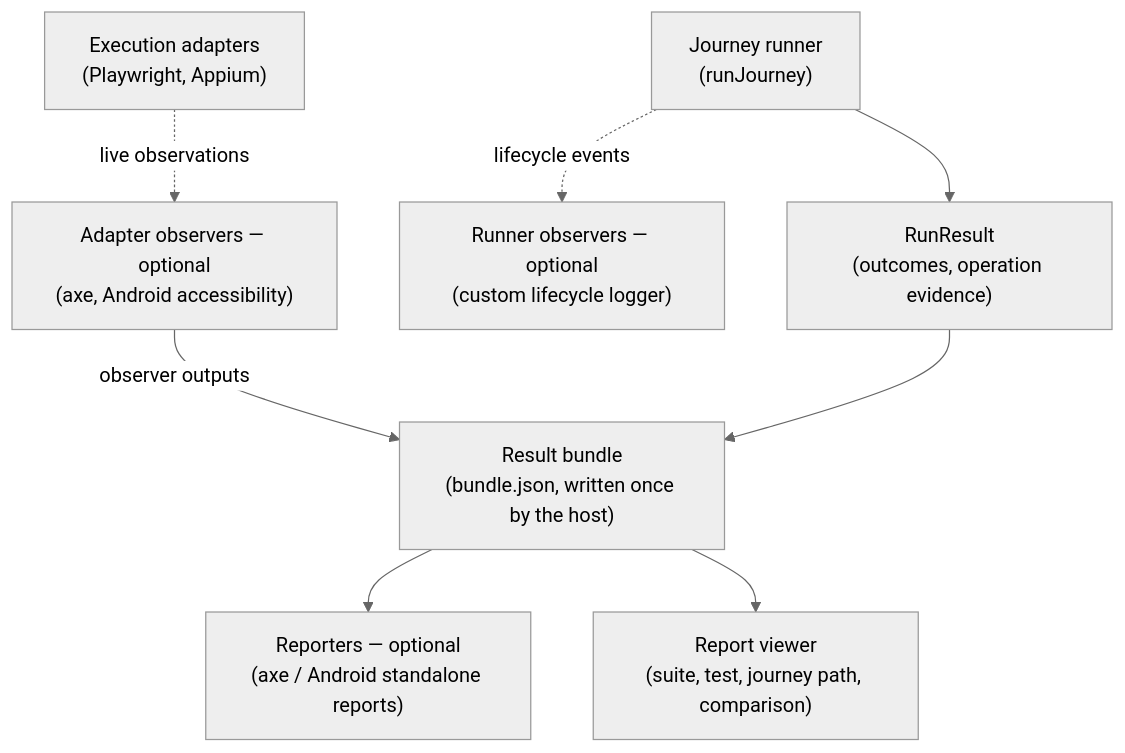
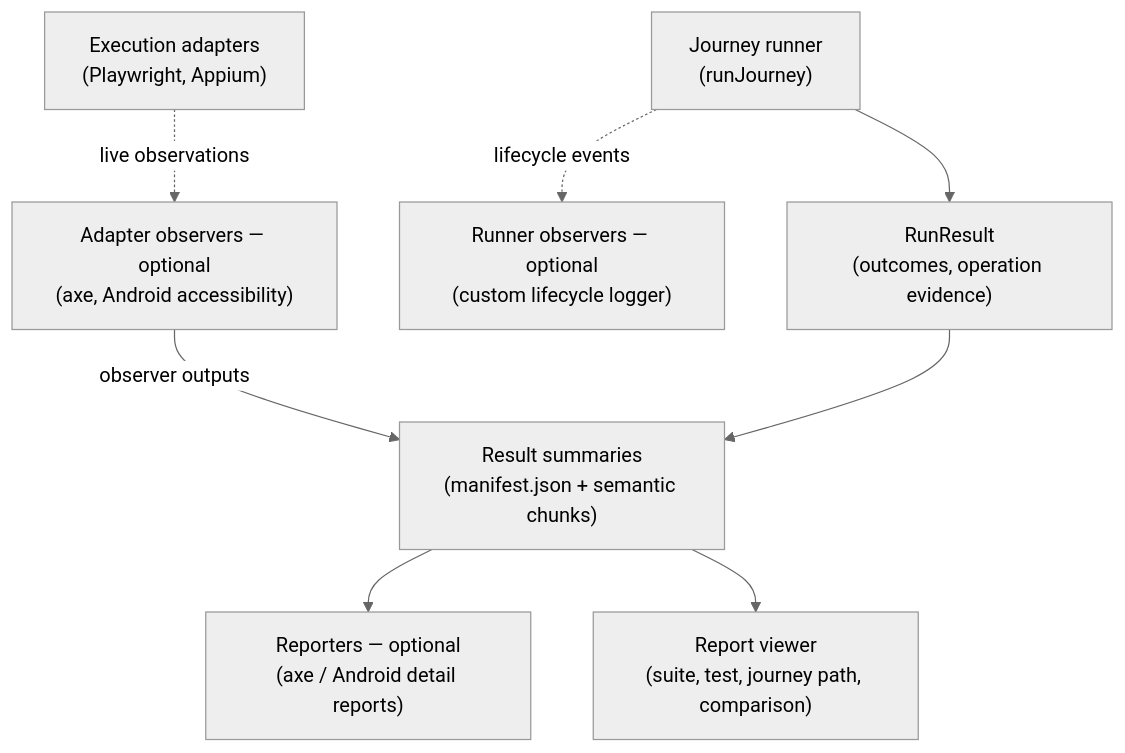
Before and after one commit to openuji/journey-mesh: the fifth of 6 diagrams in README.md, drawn with Mermaid (neutral theme). The commit also changed other lines of this file and 48 other files, not shown here.

Commit message:
restrict bundle.json size

````diff
--- a/README.md
+++ b/README.md
@@ -139,10 +139,10 @@
 ```mermaid
 flowchart TB
   runner["Journey runner<br/>(runJourney)"] --> result["RunResult<br/>(outcomes, operation evidence)"]
   runner -.->|lifecycle events| lifecycle["Runner observers — optional<br/>(custom lifecycle logger)"]
   adapters["Execution adapters<br/>(Playwright, Appium)"] -.->|live observations| capture["Adapter observers — optional<br/>(axe, Android accessibility)"]
-  capture -->|observer outputs| bundle["Result bundle<br/>(bundle.json, written once by the host)"]
+  capture -->|observer outputs| bundle["Result summaries<br/>(manifest.json + semantic chunks)"]
   result --> bundle
-  bundle --> reporters["Reporters — optional<br/>(axe / Android standalone reports)"]
+  bundle --> reporters["Reporters — optional<br/>(axe / Android detail reports)"]
   bundle --> viewer["Report viewer<br/>(suite, test, journey path, comparison)"]
 ```
````
